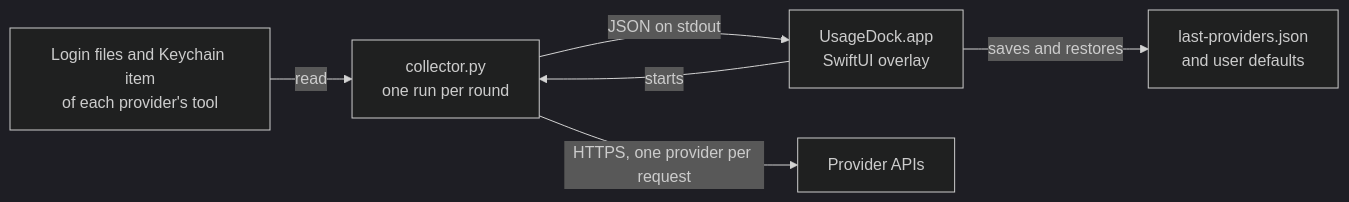
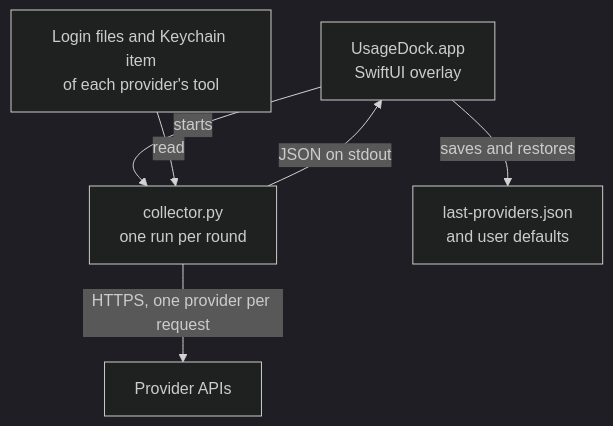
Before and after one commit to louiemota/usage-dock: the diagram in docs/ARCHITECTURE.md, drawn with Mermaid (dark theme). The commit also changed 2 other files, not shown here.

Commit message:
Código de conduta com o texto oficial e diagrama da arquitetura na vertical.
- CODE_OF_CONDUCT.md volta ao texto oficial do Contributor Covenant 2.1, só com o link de contato no lugar do marcador. Com frases a mais, o GitHub classificava o arquivo como "Other".
- CONTRIBUTING.md passa a explicar como relatar um problema de conduta pelo formulário privado.
- docs/ARCHITECTURE.md: o diagrama ficou na vertical, porque na horizontal a última caixa saía cortada no GitHub.

````diff
--- a/docs/ARCHITECTURE.md
+++ b/docs/ARCHITECTURE.md
@@ -5,13 +5,13 @@
 ```mermaid
-flowchart LR
+flowchart TD
+    app["UsageDock.app<br>SwiftUI overlay"]
     logins["Login files and Keychain item<br>of each provider's tool"]
     collector["collector.py<br>one run per round"]
-    app["UsageDock.app<br>SwiftUI overlay"]
     state["last-providers.json<br>and user defaults"]
     apis["Provider APIs"]
+    app -->|starts| collector
+    collector -->|JSON on stdout| app
     logins -->|read| collector
     collector -->|"HTTPS, one provider per request"| apis
-    app -->|starts| collector
-    collector -->|JSON on stdout| app
     app -->|saves and restores| state
 ```
````
